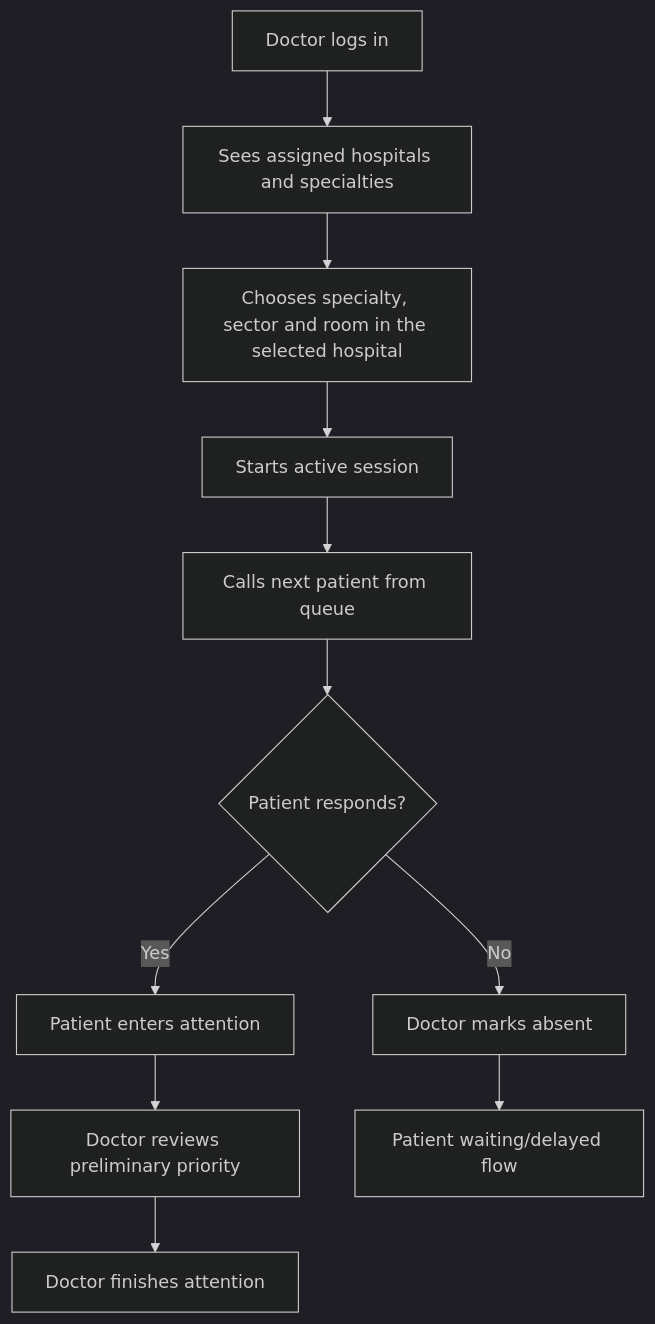
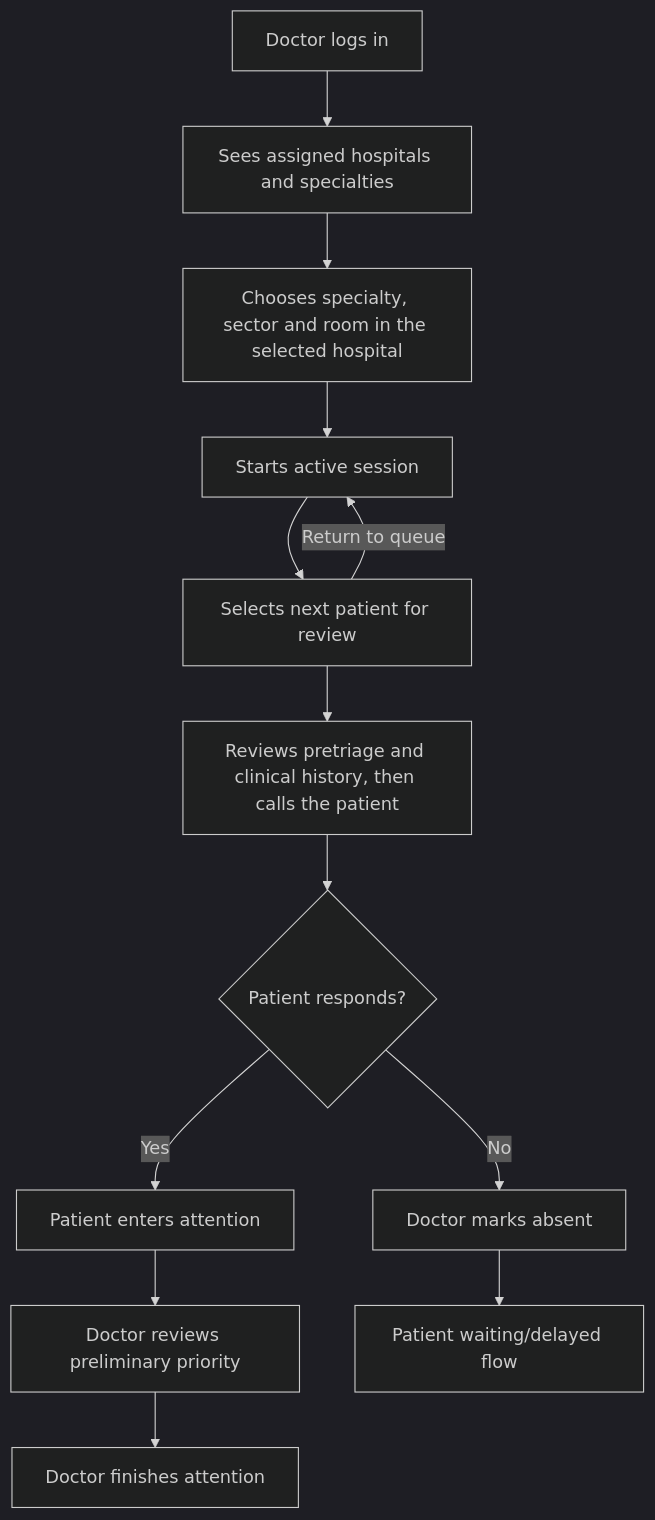
The diagram in docs/03-doctor-flow.md (Pretriage/pretriage_backend), drawn with Mermaid (dark theme) before and after one commit. The commit also changed other lines of this file and 108 other files, not shown here.

````diff
--- a/docs/03-doctor-flow.md
+++ b/docs/03-doctor-flow.md
@@ -5,13 +5,15 @@
 ```mermaid
 flowchart TD
     A[Doctor logs in] --> B[Sees assigned hospitals and specialties]
     B --> C[Chooses specialty, sector and room in the selected hospital]
     C --> D[Starts active session]
-    D --> E[Calls next patient from queue]
+    D --> R[Selects next patient for review]
+    R --> E[Reviews pretriage and clinical history, then calls the patient]
+    R -->|Return to queue| D
     E --> F{Patient responds?}
     F -->|Yes| G[Patient enters attention]
     F -->|No| H[Doctor marks absent]
     G --> I[Doctor reviews preliminary priority]
     I --> K[Doctor finishes attention]
     H --> J[Patient waiting/delayed flow]
 ```
````
